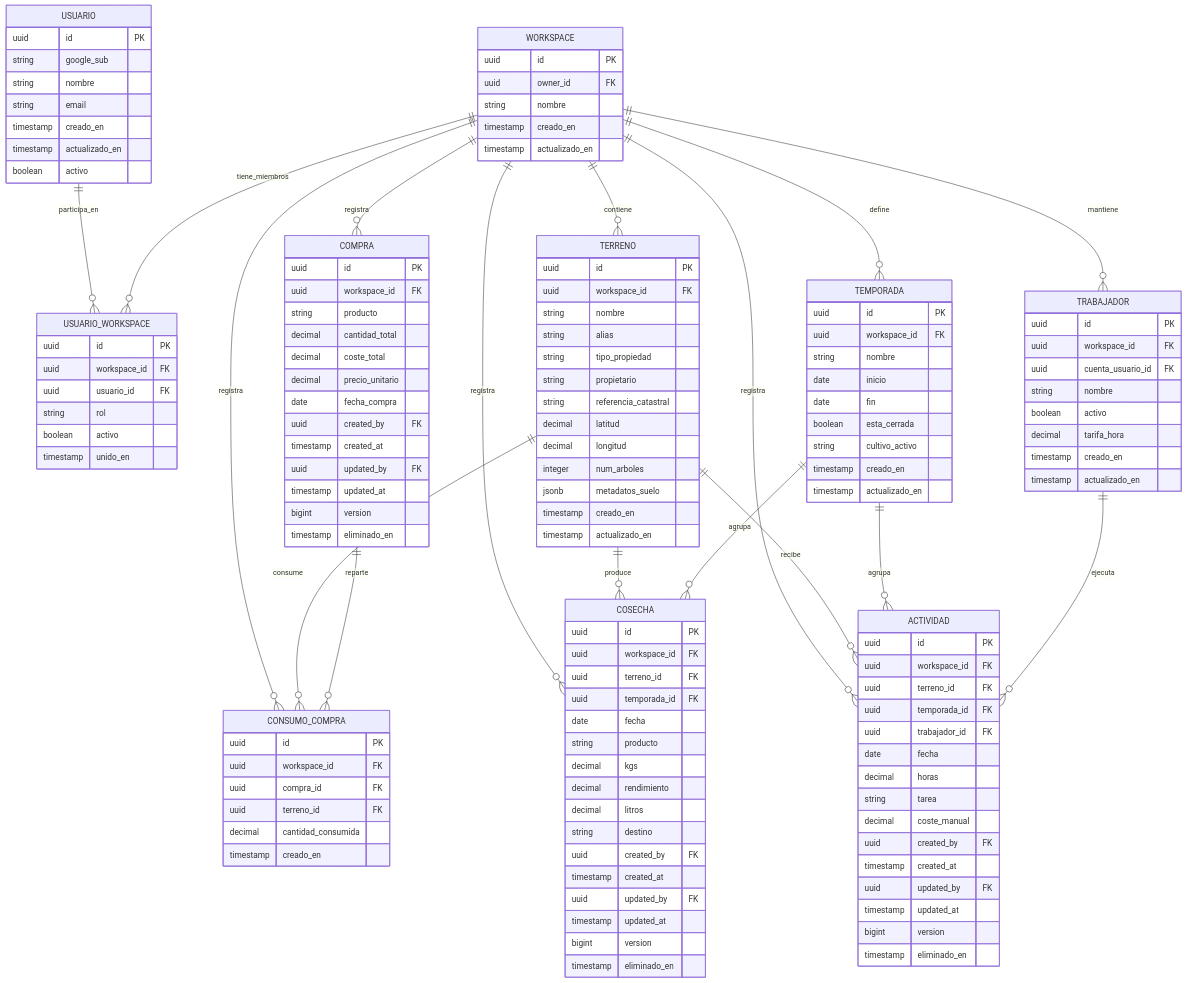
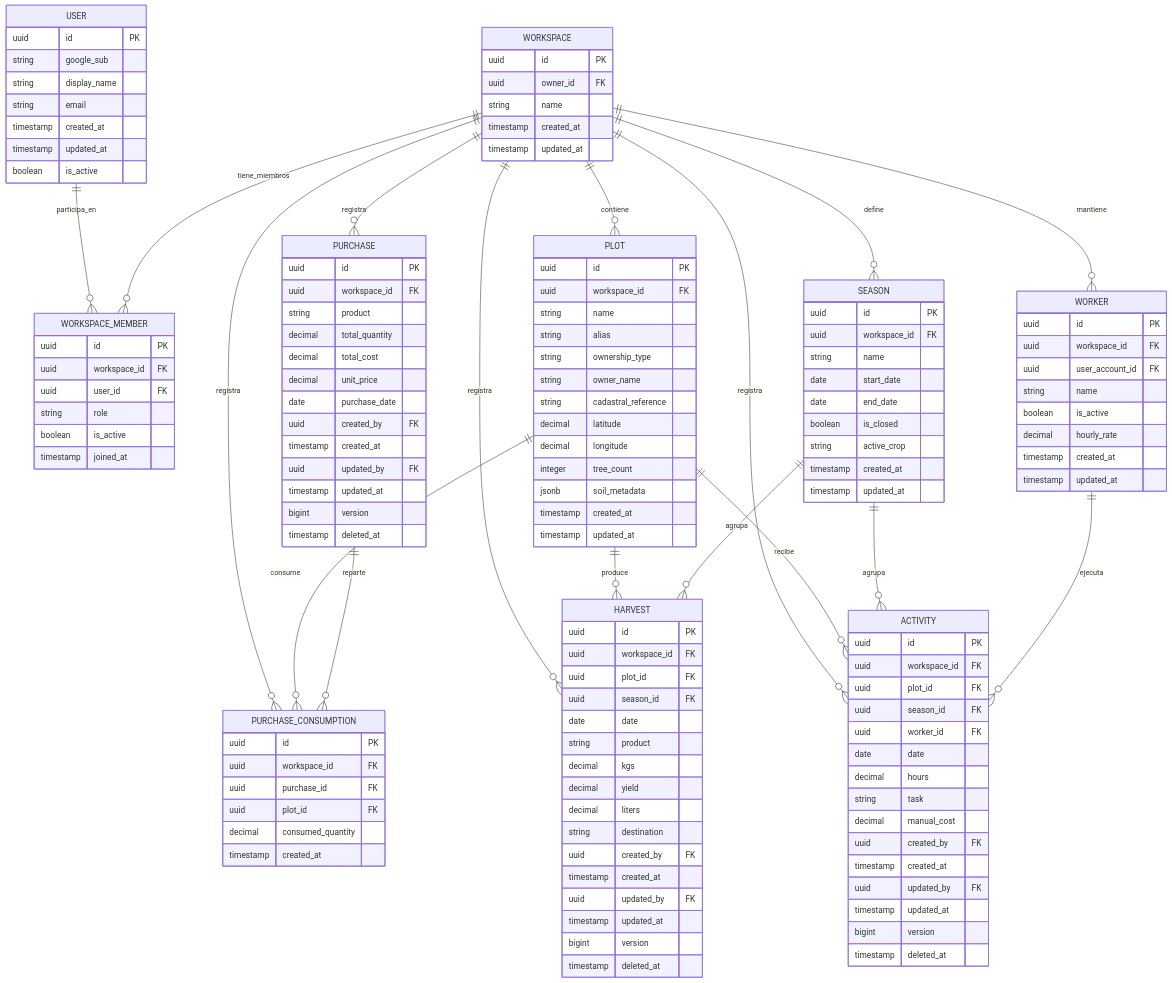
One commit to AndresGilabert/terrenario changed the diagram in docs/02-arquitectura/modelo-de-datos.md. Above: the diagram before and after it, drawn with Mermaid. The commit also changed other lines of this file and 29 other files, not shown here.

````diff
--- a/docs/02-arquitectura/modelo-de-datos.md
+++ b/docs/02-arquitectura/modelo-de-datos.md
@@ -15,147 +19,147 @@
 ```mermaid
 erDiagram
-    USUARIO {
+    USER {
         uuid id PK
         string google_sub
-        string nombre
+        string display_name
         string email
-        timestamp creado_en
-        timestamp actualizado_en
-        boolean activo
+        timestamp created_at
+        timestamp updated_at
+        boolean is_active
     }
 
     WORKSPACE {
         uuid id PK
         uuid owner_id FK
-        string nombre
-        timestamp creado_en
-        timestamp actualizado_en
+        string name
+        timestamp created_at
+        timestamp updated_at
     }
 
-    USUARIO_WORKSPACE {
+    WORKSPACE_MEMBER {
         uuid id PK
         uuid workspace_id FK
-        uuid usuario_id FK
-        string rol
-        boolean activo
-        timestamp unido_en
+        uuid user_id FK
+        string role
+        boolean is_active
+        timestamp joined_at
     }
 
-    TRABAJADOR {
+    WORKER {
         uuid id PK
         uuid workspace_id FK
-        uuid cuenta_usuario_id FK
-        string nombre
-        boolean activo
-        decimal tarifa_hora
-        timestamp creado_en
-        timestamp actualizado_en
+        uuid user_account_id FK
+        string name
+        boolean is_active
+        decimal hourly_rate
+        timestamp created_at
+        timestamp updated_at
     }
 
-    TERRENO {
+    PLOT {
         uuid id PK
         uuid workspace_id FK
-        string nombre
+        string name
         string alias
-        string tipo_propiedad
-        string propietario
-        string referencia_catastral
-        decimal latitud
-        decimal longitud
-        integer num_arboles
-        jsonb metadatos_suelo
-        timestamp creado_en
-        timestamp actualizado_en
+        string ownership_type
+        string owner_name
+        string cadastral_reference
+        decimal latitude
+        decimal longitude
+        integer tree_count
+        jsonb soil_metadata
+        timestamp created_at
+        timestamp updated_at
     }
 
-    TEMPORADA {
+    SEASON {
         uuid id PK
         uuid workspace_id FK
-        string nombre
-        date inicio
-        date fin
-        boolean esta_cerrada
-        string cultivo_activo
-        timestamp creado_en
-        timestamp actualizado_en
+        string name
+        date start_date
+        date end_date
+        boolean is_closed
+        string active_crop
+        timestamp created_at
+        timestamp updated_at
     }
 
-    COSECHA {
+    HARVEST {
         uuid id PK
         uuid workspace_id FK
-        uuid terreno_id FK
-        uuid temporada_id FK
-        date fecha
-        string producto
+        uuid plot_id FK
+        uuid season_id FK
+        date date
+        string product
         decimal kgs
-        decimal rendimiento
-        decimal litros
-        string destino
+        decimal yield
+        decimal liters
+        string destination
         uuid created_by FK
         timestamp created_at
         uuid updated_by FK
         timestamp updated_at
         bigint version
-        timestamp eliminado_en
+        timestamp deleted_at
     }
 
-    ACTIVIDAD {
+    ACTIVITY {
         uuid id PK
         uuid workspace_id FK
-        uuid terreno_id FK
-        uuid temporada_id FK
-        uuid trabajador_id FK
-        date fecha
-        decimal horas
-        string tarea
-        decimal coste_manual
+        uuid plot_id FK
+        uuid season_id FK
+        uuid worker_id FK
+        date date
+        decimal hours
+        string task
+        decimal manual_cost
         uuid created_by FK
         timestamp created_at
         uuid updated_by FK
         timestamp updated_at
         bigint version
-        timestamp eliminado_en
+        timestamp deleted_at
     }
 
-    COMPRA {
+    PURCHASE {
         uuid id PK
         uuid workspace_id FK
-        string producto
-        decimal cantidad_total
-        decimal coste_total
-        decimal precio_unitario
-        date fecha_compra
+        string product
+        decimal total_quantity
+        decimal total_cost
+        decimal unit_price
+        date purchase_date
         uuid created_by FK
         timestamp created_at
         uuid updated_by FK
         timestamp updated_at
         bigint version
-        timestamp eliminado_en
+        timestamp deleted_at
     }
 
-    CONSUMO_COMPRA {
+    PURCHASE_CONSUMPTION {
         uuid id PK
         uuid workspace_id FK
-        uuid compra_id FK
-        uuid terreno_id FK
-        decimal cantidad_consumida
-        timestamp creado_en
+        uuid purchase_id FK
+        uuid plot_id FK
+        decimal consumed_quantity
+        timestamp created_at
     }
 
-    USUARIO ||--o{ USUARIO_WORKSPACE : participa_en
-    WORKSPACE ||--o{ USUARIO_WORKSPACE : tiene_miembros
-    WORKSPACE ||--o{ TRABAJADOR : mantiene
-    WORKSPACE ||--o{ TERRENO : contiene
-    WORKSPACE ||--o{ TEMPORADA : define
-    WORKSPACE ||--o{ COSECHA : registra
-    WORKSPACE ||--o{ ACTIVIDAD : registra
-    WORKSPACE ||--o{ COMPRA : registra
-    WORKSPACE ||--o{ CONSUMO_COMPRA : registra
-    TERRENO ||--o{ COSECHA : produce
-    TERRENO ||--o{ ACTIVIDAD : recibe
-    TERRENO ||--o{ CONSUMO_COMPRA : consume
-    TEMPORADA ||--o{ COSECHA : agrupa
-    TEMPORADA ||--o{ ACTIVIDAD : agrupa
-    TRABAJADOR ||--o{ ACTIVIDAD : ejecuta
-    COMPRA ||--o{ CONSUMO_COMPRA : reparte
+    USER ||--o{ WORKSPACE_MEMBER : participa_en
+    WORKSPACE ||--o{ WORKSPACE_MEMBER : tiene_miembros
+    WORKSPACE ||--o{ WORKER : mantiene
+    WORKSPACE ||--o{ PLOT : contiene
+    WORKSPACE ||--o{ SEASON : define
+    WORKSPACE ||--o{ HARVEST : registra
+    WORKSPACE ||--o{ ACTIVITY : registra
+    WORKSPACE ||--o{ PURCHASE : registra
+    WORKSPACE ||--o{ PURCHASE_CONSUMPTION : registra
+    PLOT ||--o{ HARVEST : produce
+    PLOT ||--o{ ACTIVITY : recibe
+    PLOT ||--o{ PURCHASE_CONSUMPTION : consume
+    SEASON ||--o{ HARVEST : agrupa
+    SEASON ||--o{ ACTIVITY : agrupa
+    WORKER ||--o{ ACTIVITY : ejecuta
+    PURCHASE ||--o{ PURCHASE_CONSUMPTION : reparte
 ```
````
